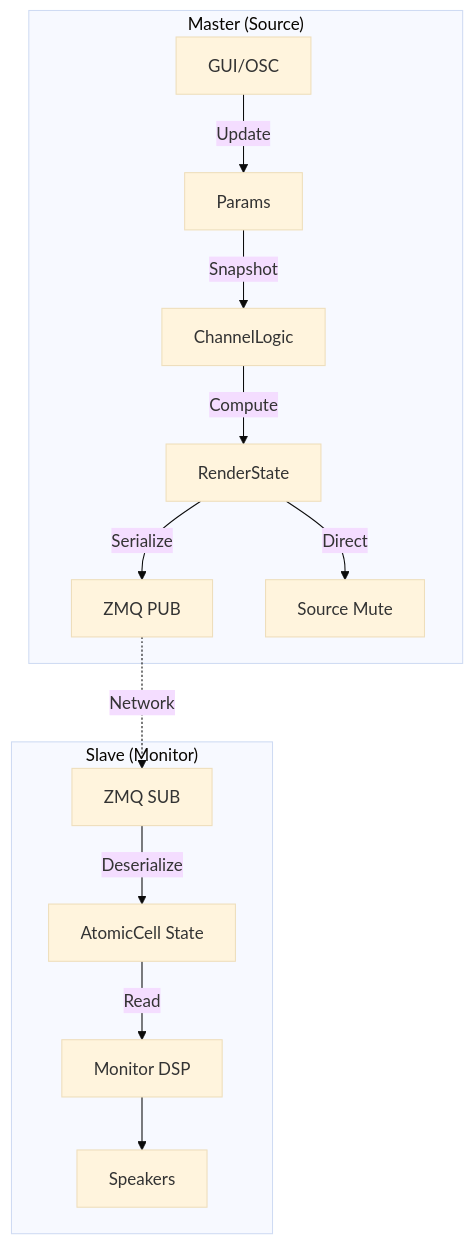
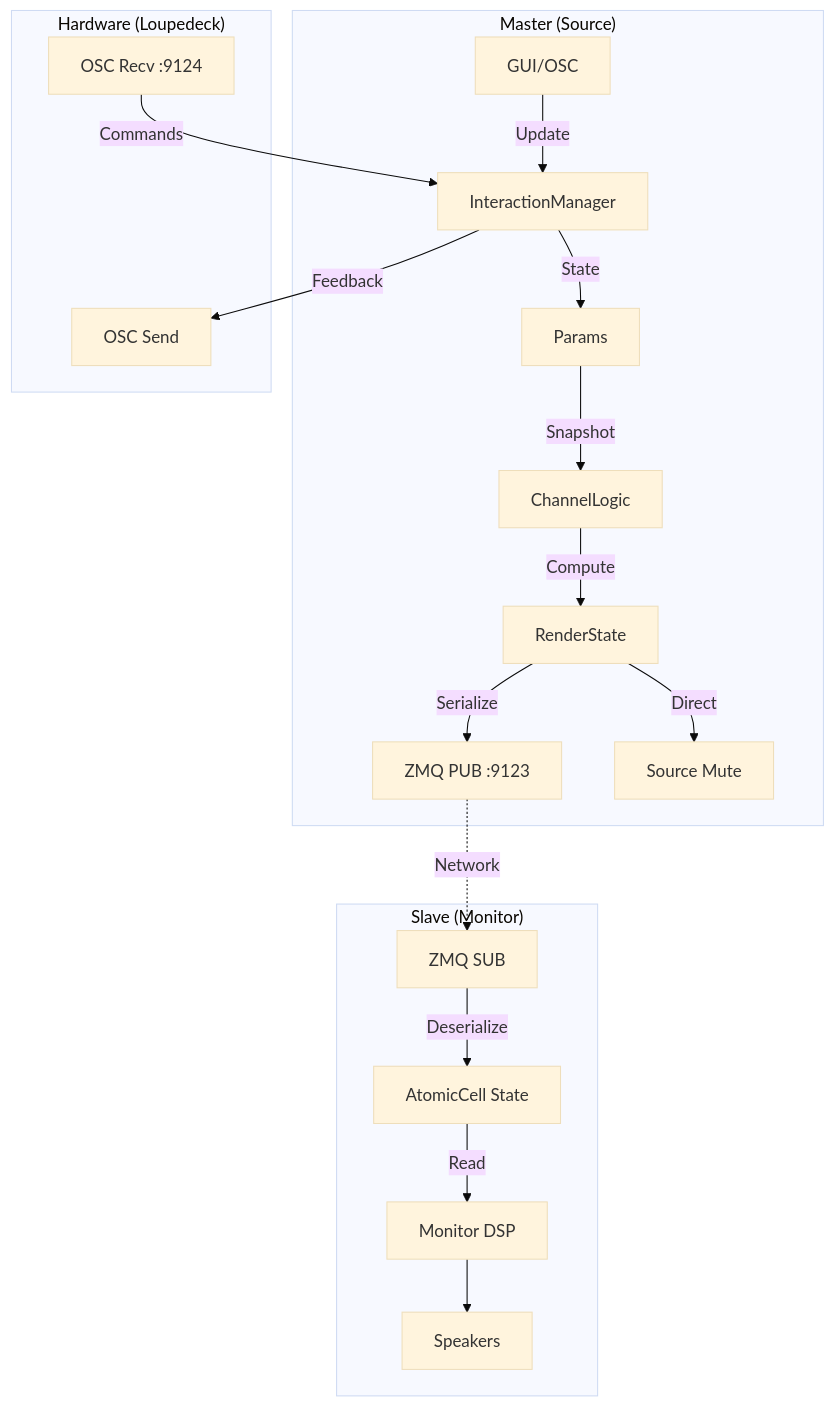
One commit to GohardSGG/MonitorControllerMax changed the diagram in Doc/Main/5.功能模块设计.md. Above: the diagram before and after it, drawn with Mermaid (base theme). The commit also changed other lines of this file and 11 other files, not shown here.

````diff
--- a/Doc/Main/5.功能模块设计.md
+++ b/Doc/Main/5.功能模块设计.md
@@ -9,18 +9,24 @@
 ```mermaid
 graph TD
     subgraph "Master (Source)"
-        UI[GUI/OSC] -->|Update| Params
+        UI[GUI/OSC] -->|Update| IM[InteractionManager]
+        IM -->|State| Params
         Params -->|Snapshot| Logic[ChannelLogic]
         Logic -->|Compute| State[RenderState]
-        State -->|Serialize| NetPub[ZMQ PUB]
+        State -->|Serialize| NetPub[ZMQ PUB :9123]
         State -->|Direct| AudioM[Source Mute]
     end
-    
+
     NetPub -.->|Network| NetSub[ZMQ SUB]
-    
+
     subgraph "Slave (Monitor)"
         NetSub -->|Deserialize| Cache[AtomicCell State]
         Cache -->|Read| AudioS[Monitor DSP]
         AudioS --> Speakers
     end
+
+    subgraph "Hardware (Loupedeck)"
+        OSC_IN[OSC Recv :9124] -->|Commands| IM
+        IM -->|Feedback| OSC_OUT[OSC Send]
+    end
 ```
````
